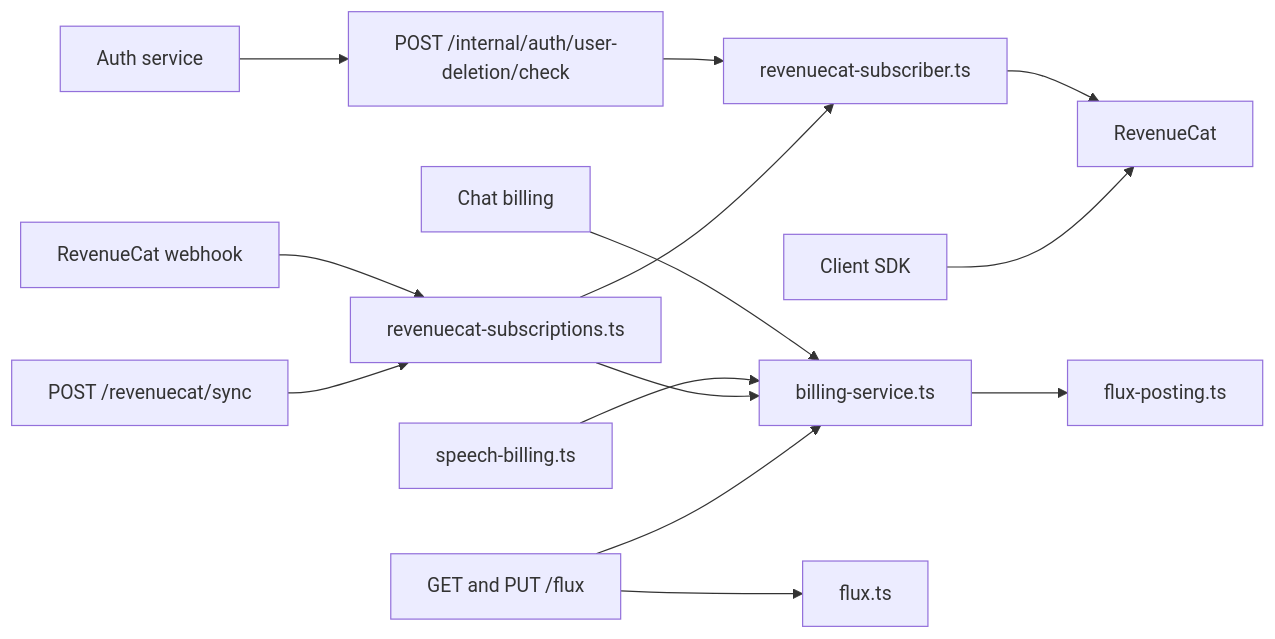
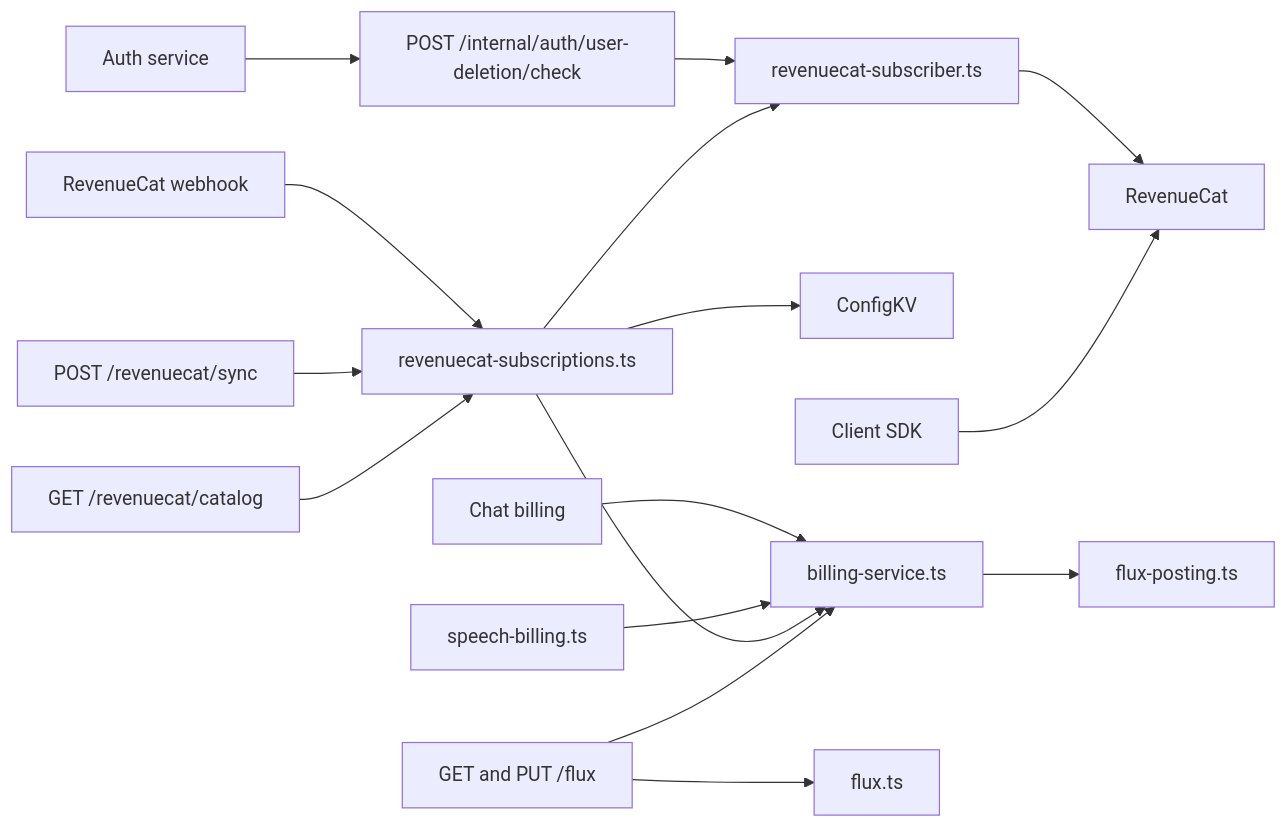
One commit to moeru-ai/airi changed the first of 2 diagrams in server/docs/ai/adr/2026-10-04-subscription-credits.md. Above: the diagram before and after it, drawn with Mermaid. The commit also changed other lines of this file and 12 other files, not shown here.

````diff
--- a/server/docs/ai/adr/2026-10-04-subscription-credits.md
+++ b/server/docs/ai/adr/2026-10-04-subscription-credits.md
@@ -183,16 +185,18 @@
 ```mermaid
 flowchart LR
   Chat[Chat billing] --> Billing[billing-service.ts]
   Speech[speech-billing.ts] --> Billing
   Billing --> Posting[flux-posting.ts]
   Webhook[RevenueCat webhook] --> Sync["revenuecat-subscriptions.ts"]
   SyncRoute["POST /revenuecat/sync"] --> Sync
+  CatalogRoute["GET /revenuecat/catalog"] --> Sync
+  Sync --> ConfigKV["ConfigKV"]
   Auth[Auth service] --> Check["POST /internal/auth/user-deletion/check"]
   Check --> Reader
   Sync --> Reader["revenuecat-subscriber.ts"]
   Reader --> RC[RevenueCat]
   Sync --> Billing
   Client[Client SDK] --> RC
   FluxRoute["GET and PUT /flux"] --> Billing
   FluxRoute --> FluxService[flux.ts]
 ```
````
